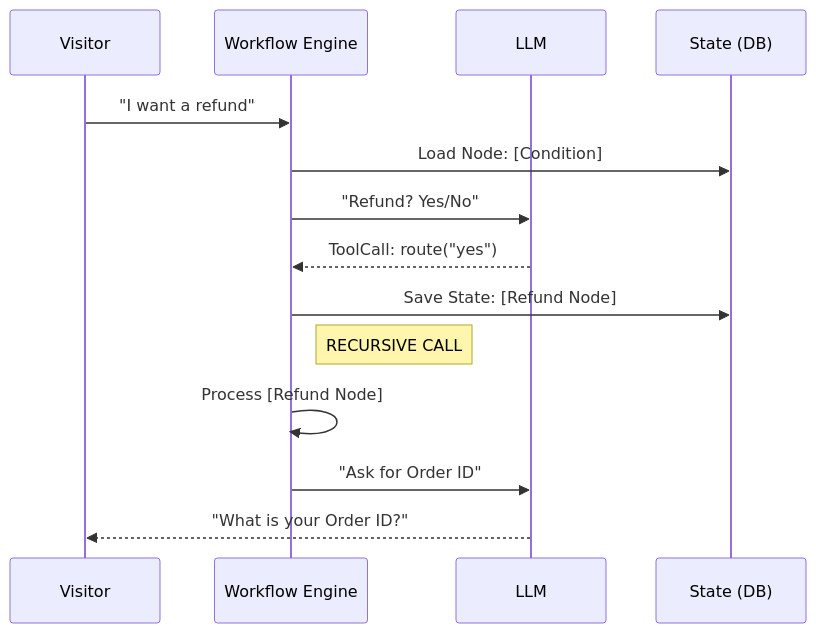
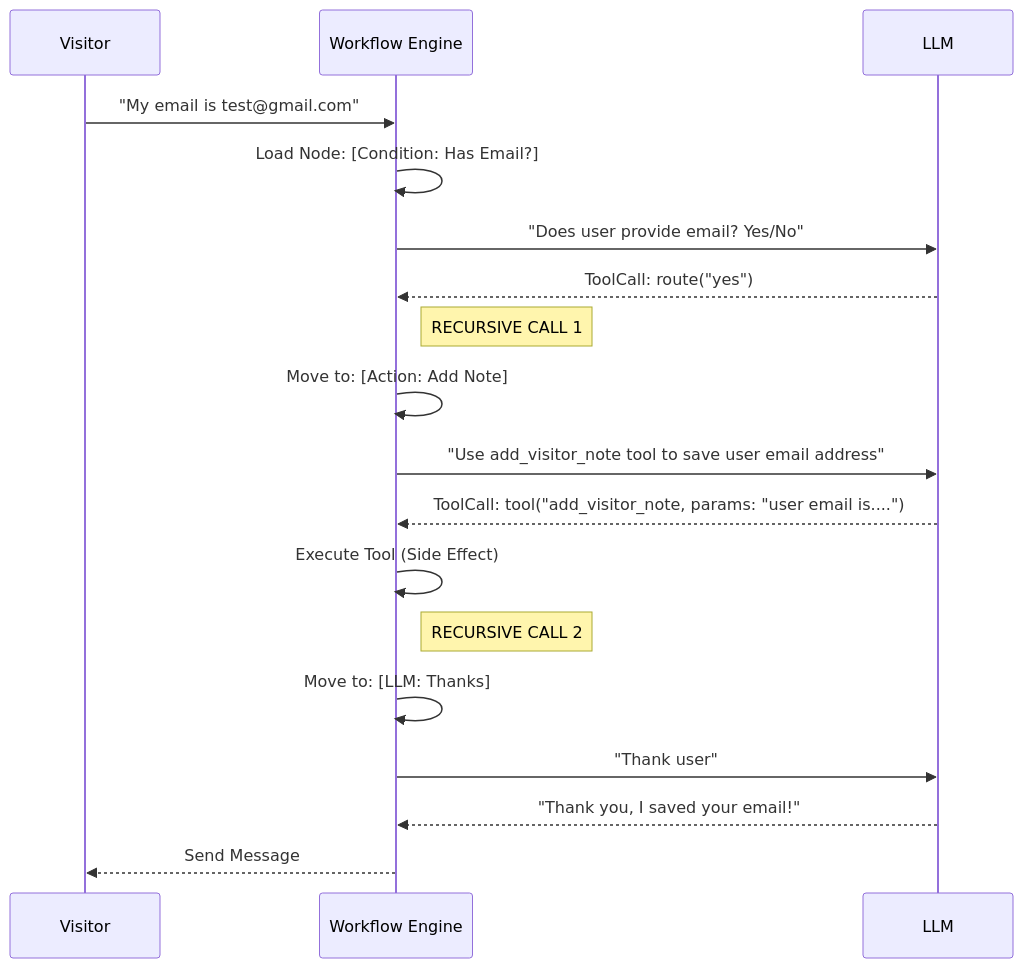
The sixth of 6 diagrams in presentation/pages/hoang.md (doananhhung/livechat), drawn with Mermaid before and after one commit. The commit also changed other lines of this file and 6 other files, not shown here.

````diff
--- a/presentation/pages/hoang.md
+++ b/presentation/pages/hoang.md
@@ -244,19 +204,24 @@
 ```mermaid
 sequenceDiagram
-    participant Event as Visitor
+    participant Viewer as Visitor
     participant Engine as Workflow Engine
     participant LLM as LLM
-    participant DB as State (DB)
 
-    Event->>Engine: "I want a refund"
-    Engine->>DB: Load Node: [Condition]
-    Engine->>LLM: "Refund? Yes/No"
+    Viewer->>Engine: "My email is test@gmail.com"
+    Engine->>Engine: Load Node: [Condition: Has Email?]
+    
+    Engine->>LLM: "Does user provide email? Yes/No"
     LLM-->>Engine: ToolCall: route("yes")
     
-    Engine->>DB: Save State: [Refund Node]
-    Note right of Engine: RECURSIVE CALL
+    Note right of Engine: RECURSIVE CALL 1
+    Engine->>Engine: Move to: [Action: Add Note]
+    Engine->>LLM: "Use add_visitor_note tool to save user email address"
+    LLM-->>Engine: ToolCall: tool("add_visitor_note, params: "user email is....")
+    Engine->>Engine: Execute Tool (Side Effect)
     
-    Engine->>Engine: Process [Refund Node]
-    Engine->>LLM: "Ask for Order ID"
-    LLM-->>Event: "What is your Order ID?"
+    Note right of Engine: RECURSIVE CALL 2
+    Engine->>Engine: Move to: [LLM: Thanks]
+    Engine->>LLM: "Thank user"
+    LLM-->>Engine: "Thank you, I saved your email!"
+    Engine-->>Viewer: Send Message
 ```
````
